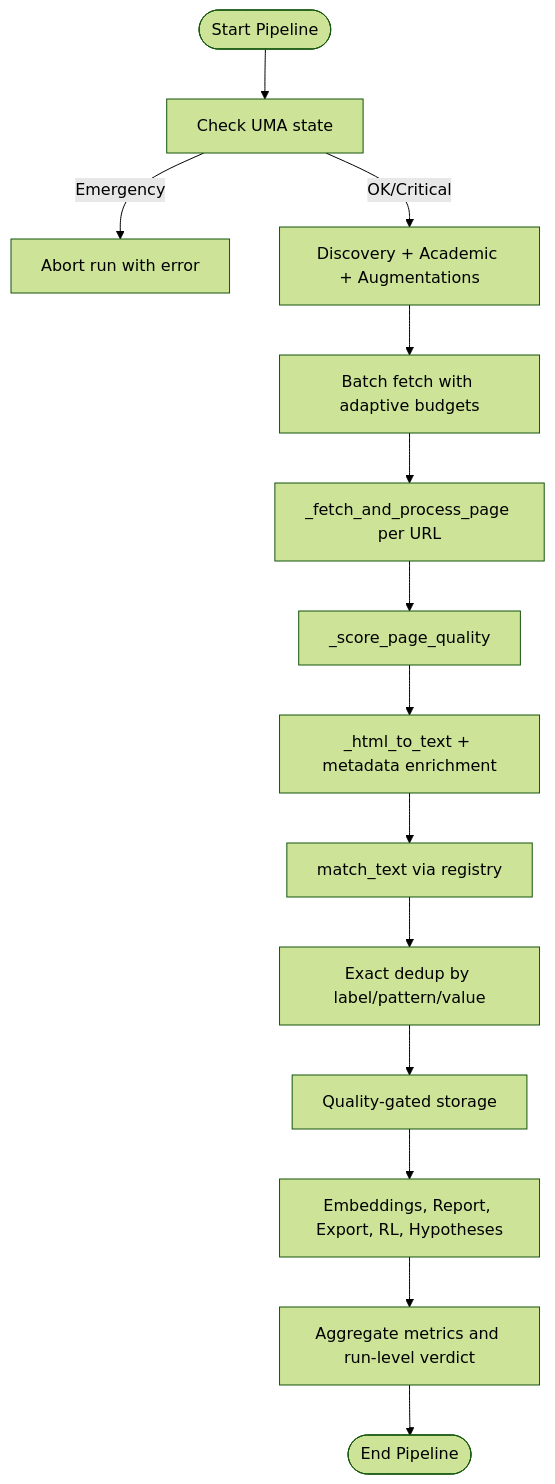
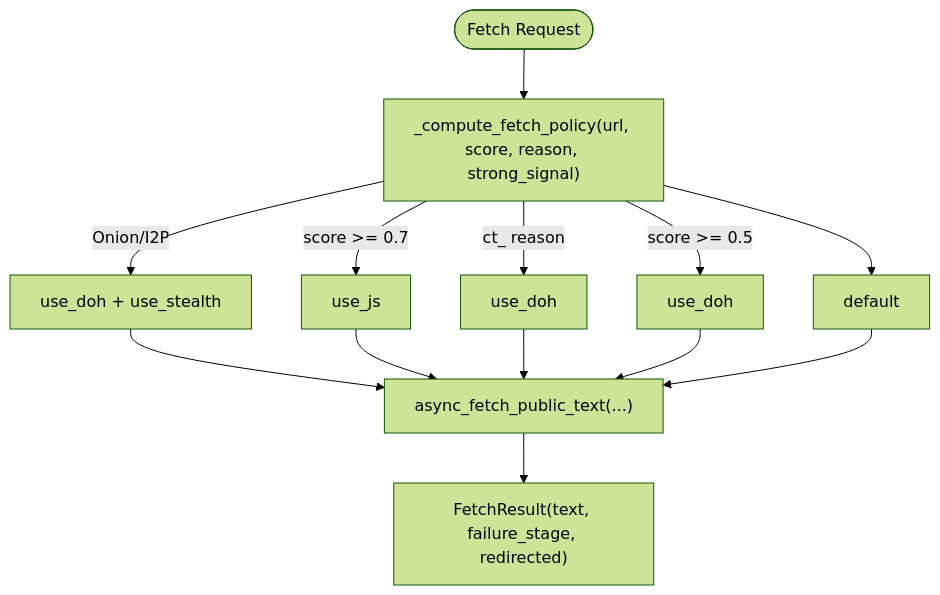
Before and after one commit to Hamulda/hledac-universal: the fourth of 11 diagrams in .qoder/repowiki/en/content/Pipeline System/Live Public Pipeline.md, drawn with Mermaid (forest theme). The commit also changed other lines of this file and 236 other files, not shown here.

````diff
--- a/.qoder/repowiki/en/content/Pipeline System/Live Public Pipeline.md
+++ b/.qoder/repowiki/en/content/Pipeline System/Live Public Pipeline.md
@@ -172,16 +176,15 @@
 ```mermaid
 flowchart TD
-Start(["Start Pipeline"]) --> UMA["Check UMA state"]
-UMA --> |Emergency| Abort["Abort run with error"]
-UMA --> |OK/Critical| Discovery["Discovery + Academic + Augmentations"]
-Discovery --> Batch["Batch fetch with adaptive budgets"]
-Batch --> PerPage["_fetch_and_process_page per URL"]
-PerPage --> Quality["_score_page_quality"]
-Quality --> Extract["_html_to_text + metadata enrichment"]
-Extract --> Match["match_text via registry"]
-Match --> Dedup["Exact dedup by label/pattern/value"]
-Dedup --> Store["Quality-gated storage"]
-Store --> Optional["Embeddings, Report, Export, RL, Hypotheses"]
-Optional --> Aggregate["Aggregate metrics and run-level verdict"]
-Aggregate --> End(["End Pipeline"])
+Start(["Fetch Request"]) --> Policy["_compute_fetch_policy(url, score, reason, strong_signal)"]
+Policy --> |Onion/I2P| TorLike["use_doh + use_stealth"]
+Policy --> |score >= 0.7| JS["use_js"]
+Policy --> |ct_ reason| DoH["use_doh"]
+Policy --> |score >= 0.5| DoH2["use_doh"]
+Policy --> Default["default"]
+TorLike --> Fetch["async_fetch_public_text(...)"]
+JS --> Fetch
+DoH --> Fetch
+DoH2 --> Fetch
+Default --> Fetch
+Fetch --> Result["FetchResult(text, failure_stage, redirected)"]
 ```
````
